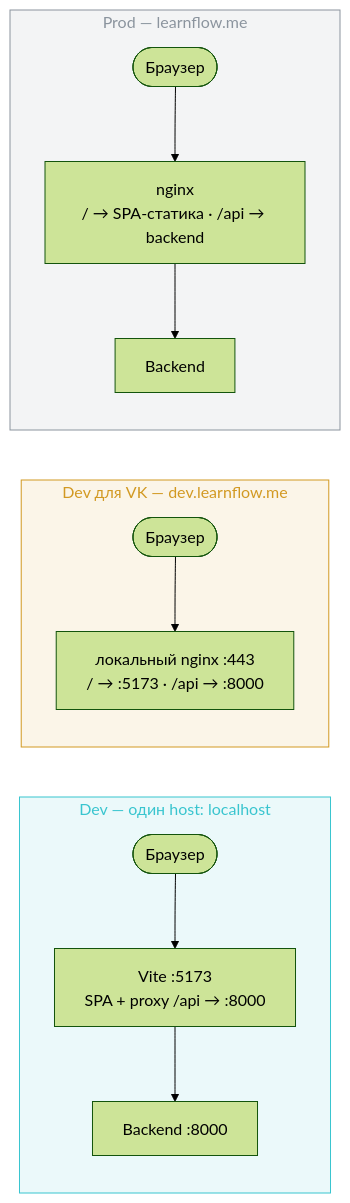
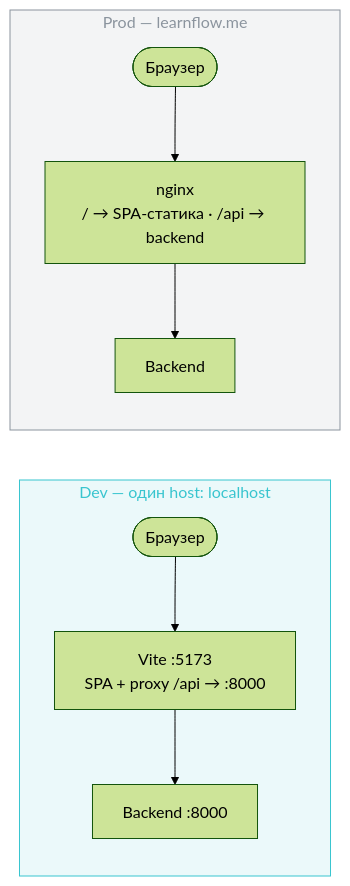
The fourth of 5 diagrams in doc/tasks/iterations/dogfooding/feat-008-oauth-auth-screens/design-brief.md (Bbar0n234/learnflow-ai), drawn with Mermaid (forest theme) before and after one commit. The commit also changed other lines of this file, not shown here.

````diff
--- a/doc/tasks/iterations/dogfooding/feat-008-oauth-auth-screens/design-brief.md
+++ b/doc/tasks/iterations/dogfooding/feat-008-oauth-auth-screens/design-brief.md
@@ -213,18 +209,14 @@
 ```mermaid
 flowchart LR
     subgraph DEV ["Dev — один host: localhost"]
         B1([Браузер]) --> VITE["Vite :5173<br/>SPA + proxy /api → :8000"]
         VITE --> BE1["Backend :8000"]
-    end
-    subgraph VKDEV ["Dev для VK — dev.learnflow.me"]
-        B3([Браузер]) --> NG3["локальный nginx :443<br/>/ → :5173 · /api → :8000"]
     end
     subgraph PROD ["Prod — learnflow.me"]
         B2([Браузер]) --> NG["nginx<br/>/ → SPA-статика · /api → backend"]
         NG --> BE2["Backend"]
     end
 
     style DEV fill:#39c5cf1a,stroke:#39c5cf,color:#39c5cf
-    style VKDEV fill:#d299221a,stroke:#d29922,color:#d29922
     style PROD fill:#8b949e1a,stroke:#8b949e,color:#8b949e
 ```
````
